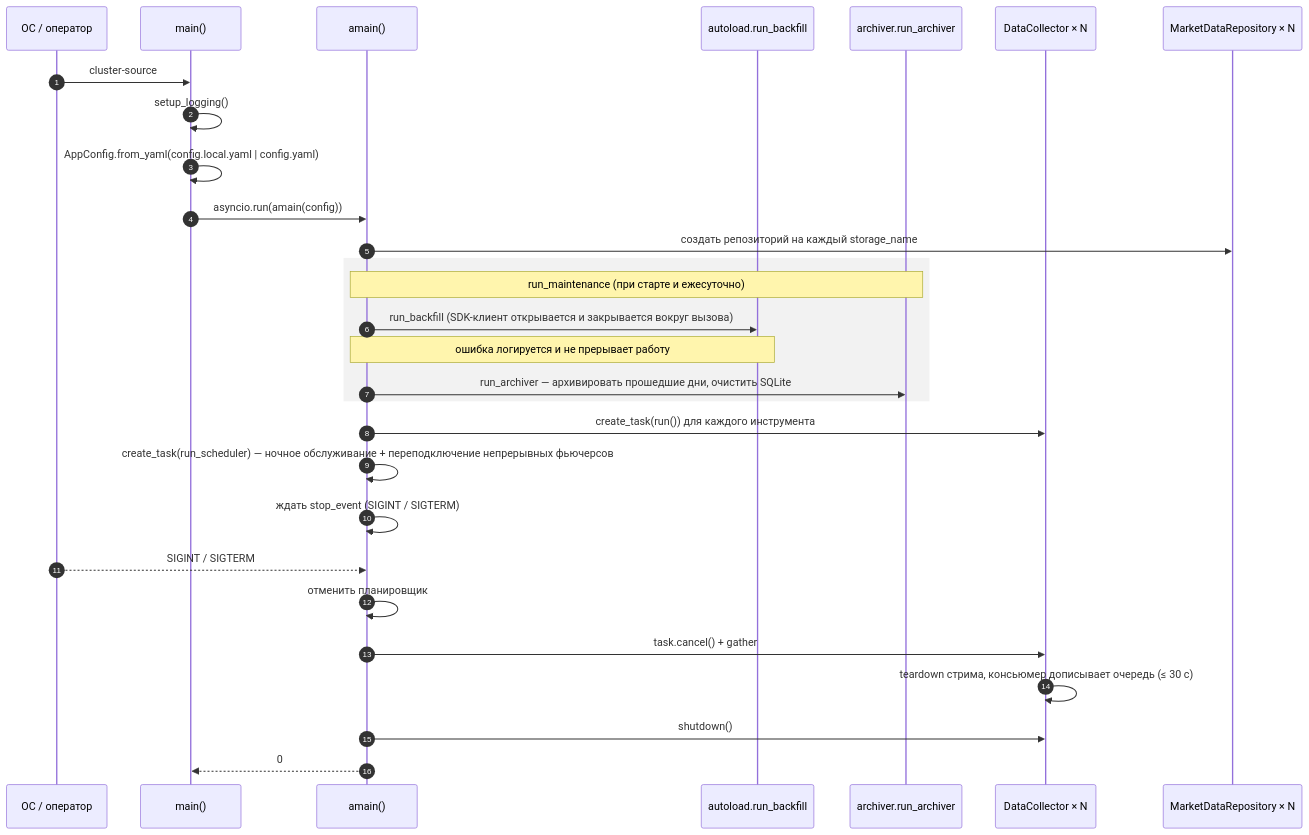
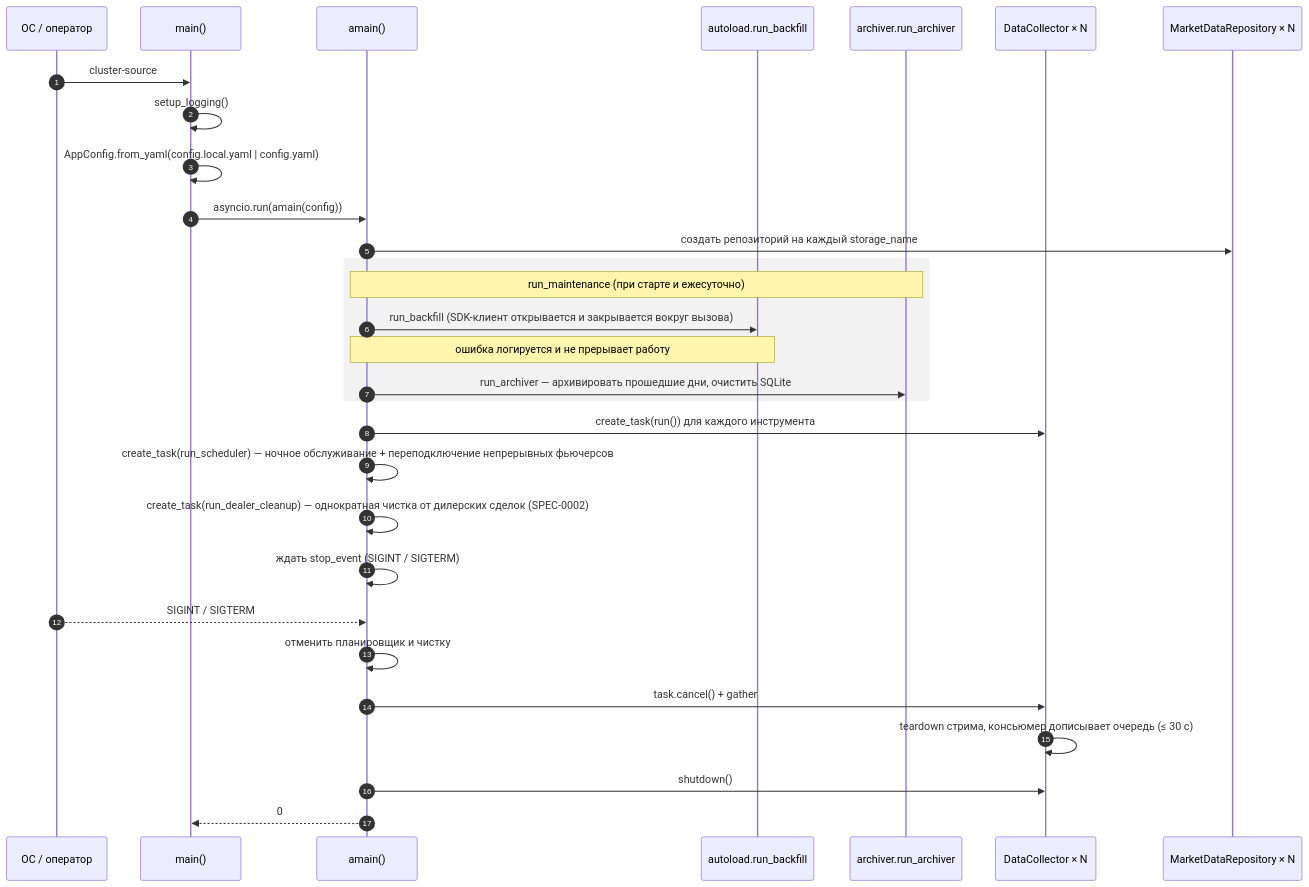
One commit to vladilenao/ClusterSource changed the second of 2 diagrams in docs/02-architecture.md. Above: the diagram before and after it, drawn with Mermaid. The commit also changed other lines of this file and 17 other files, not shown here.

````diff
--- a/docs/02-architecture.md
+++ b/docs/02-architecture.md
@@ -88,32 +88,33 @@
 ```mermaid
 sequenceDiagram
     autonumber
     participant OS as ОС / оператор
     participant M as main()
     participant A as amain()
     participant BF as autoload.run_backfill
     participant AR as archiver.run_archiver
     participant C as DataCollector × N
     participant R as MarketDataRepository × N
 
     OS->>M: cluster-source
     M->>M: setup_logging()
     M->>M: AppConfig.from_yaml(config.local.yaml | config.yaml)
     M->>A: asyncio.run(amain(config))
     A->>R: создать репозиторий на каждый storage_name
     rect rgba(127,127,127,0.1)
     Note over A,AR: run_maintenance (при старте и ежесуточно)
     A->>BF: run_backfill (SDK-клиент открывается и закрывается вокруг вызова)
     Note over A,BF: ошибка логируется и не прерывает работу
     A->>AR: run_archiver — архивировать прошедшие дни, очистить SQLite
     end
     A->>C: create_task(run()) для каждого инструмента
     A->>A: create_task(run_scheduler) — ночное обслуживание + переподключение непрерывных фьючерсов
+    A->>A: create_task(run_dealer_cleanup) — однократная чистка от дилерских сделок (SPEC-0002)
     A->>A: ждать stop_event (SIGINT / SIGTERM)
     OS-->>A: SIGINT / SIGTERM
-    A->>A: отменить планировщик
+    A->>A: отменить планировщик и чистку
     A->>C: task.cancel() + gather
     C->>C: teardown стрима, консьюмер дописывает очередь (≤ 30 с)
     A->>C: shutdown()
     A-->>M: 0
 ```
````
